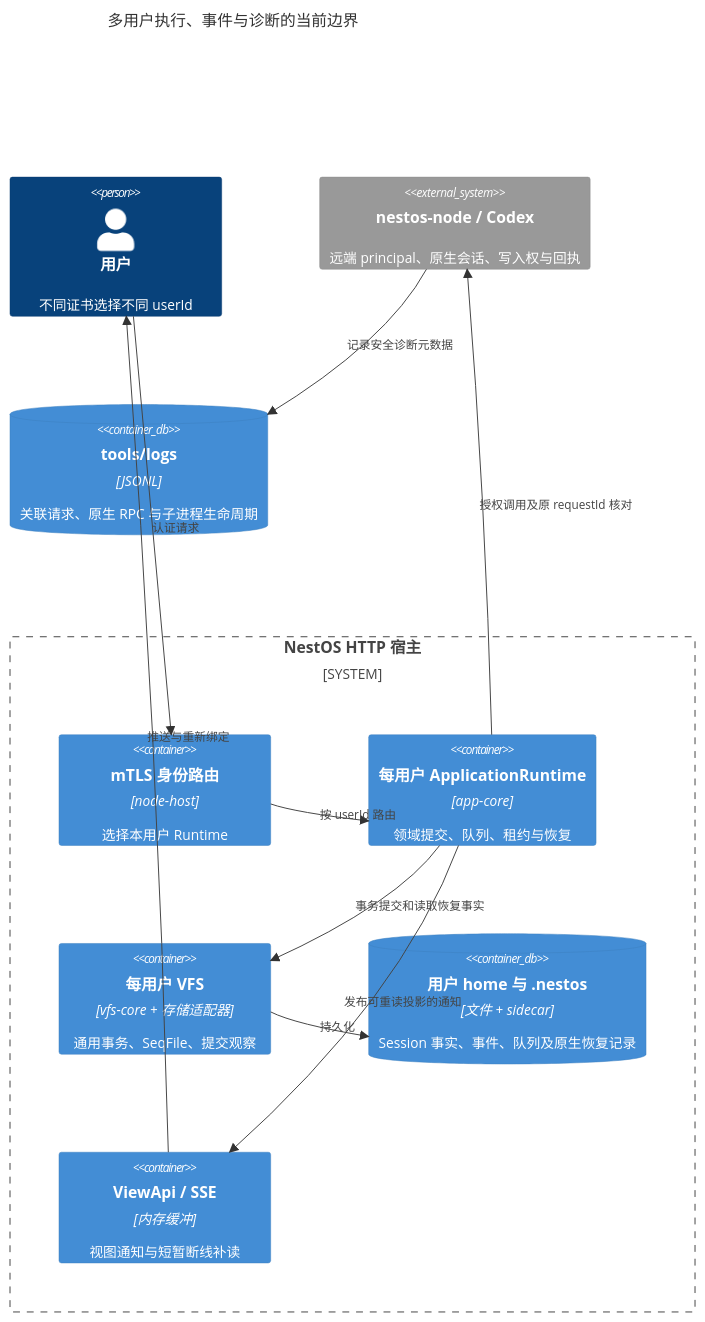
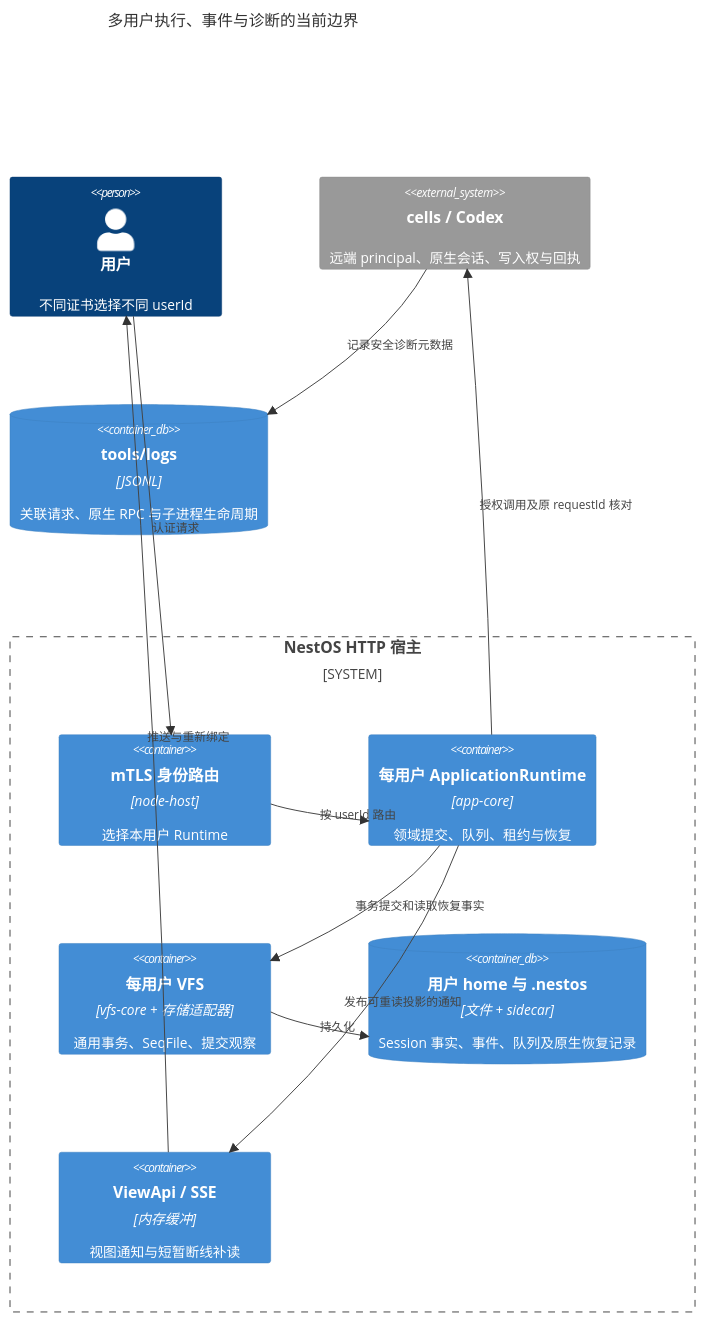
The diagram in doc/event-flows.md (mushuanli/NestOS), drawn with Mermaid before and after one commit. The commit also changed other lines of this file and 173 other files, not shown here.

Commit message:
refactor(cells)!: migrate node and driver identities across NestOS

````diff
--- a/doc/event-flows.md
+++ b/doc/event-flows.md
@@ -165,22 +165,22 @@
 ```mermaid
 C4Container
     title 多用户执行、事件与诊断的当前边界
     Person(user, "用户", "不同证书选择不同 userId")
     System_Boundary(host, "NestOS HTTP 宿主") {
         Container(auth, "mTLS 身份路由", "node-host", "选择本用户 Runtime")
         Container(runtime, "每用户 ApplicationRuntime", "app-core", "领域提交、队列、租约与恢复")
         Container(vfs, "每用户 VFS", "vfs-core + 存储适配器", "通用事务、SeqFile、提交观察")
         ContainerDb(home, "用户 home 与 .nestos", "文件 + sidecar", "Session 事实、事件、队列及原生恢复记录")
         Container(view, "ViewApi / SSE", "内存缓冲", "视图通知与短暂断线补读")
     }
-    System_Ext(node, "nestos-node / Codex", "远端 principal、原生会话、写入权与回执")
+    System_Ext(node, "cells / Codex", "远端 principal、原生会话、写入权与回执")
     ContainerDb(log, "tools/logs", "JSONL", "关联请求、原生 RPC 与子进程生命周期")
     Rel(user, auth, "认证请求")
     Rel(auth, runtime, "按 userId 路由")
     Rel(runtime, vfs, "事务提交和读取恢复事实")
     Rel(vfs, home, "持久化")
     Rel(runtime, view, "发布可重读投影的通知")
     Rel(view, user, "推送与重新绑定")
     Rel(runtime, node, "授权调用及原 requestId 核对")
     Rel(node, log, "记录安全诊断元数据")
 ```
````
